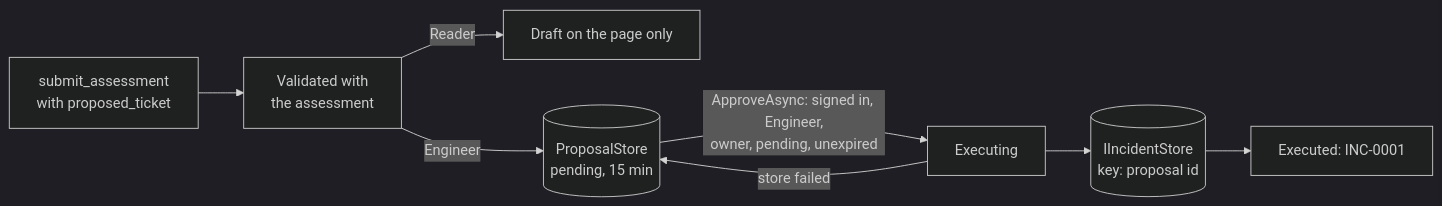
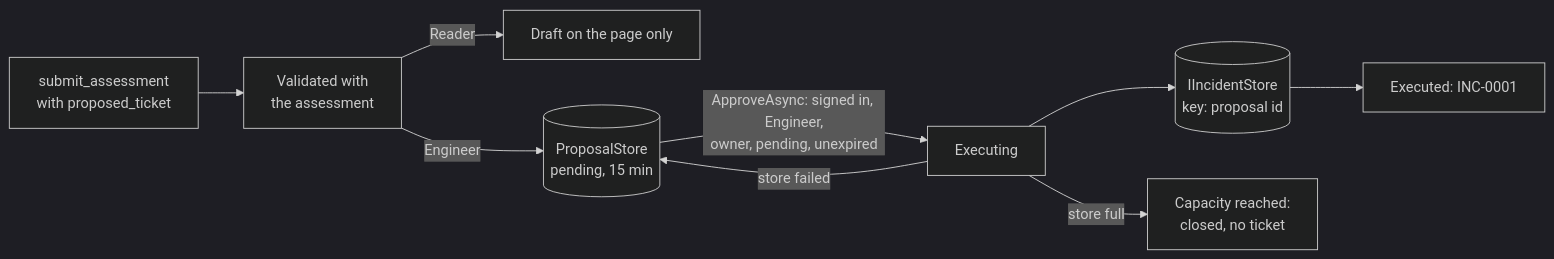
The seventh of 8 diagrams in docs/Architecture.md (ankurparekh1988/payment-ops-investigation-agent), drawn with Mermaid (dark theme) before and after one commit. The commit also changed other lines of this file and 26 other files, not shown here.

First line of the commit message:
fix: settle forced-incomplete proposals, a full ticket store and the startup budget check

````diff
--- a/docs/Architecture.md
+++ b/docs/Architecture.md
@@ -264,10 +264,11 @@
 ```mermaid
 flowchart LR
   M["submit_assessment<br/>with proposed_ticket"] --> V["Validated with<br/>the assessment"]
   V -->|Reader| D["Draft on the page only"]
   V -->|Engineer| P[("ProposalStore<br/>pending, 15 min")]
   P -->|"ApproveAsync: signed in, Engineer,<br/>owner, pending, unexpired"| X["Executing"]
   X --> T[("IIncidentStore<br/>key: proposal id")]
   T --> E["Executed: INC-0001"]
   X -->|store failed| P
+  X -->|store full| C["Capacity reached:<br/>closed, no ticket"]
 ```
````
